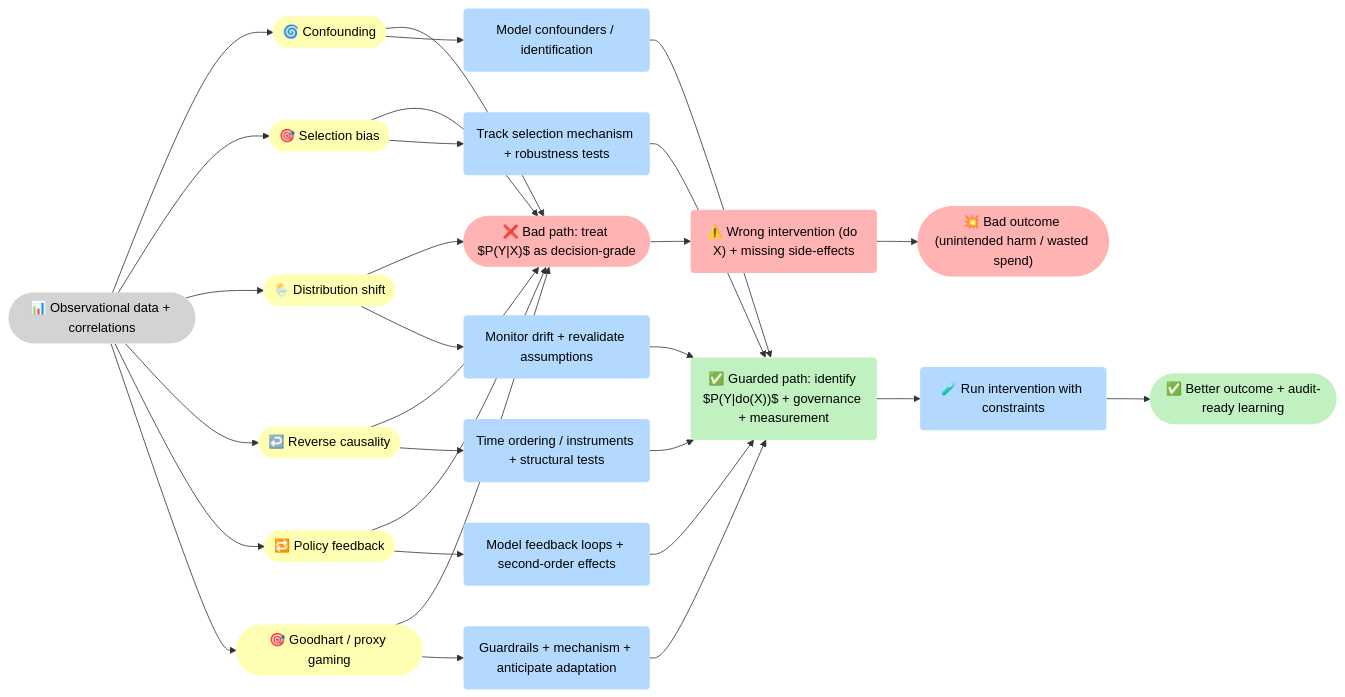
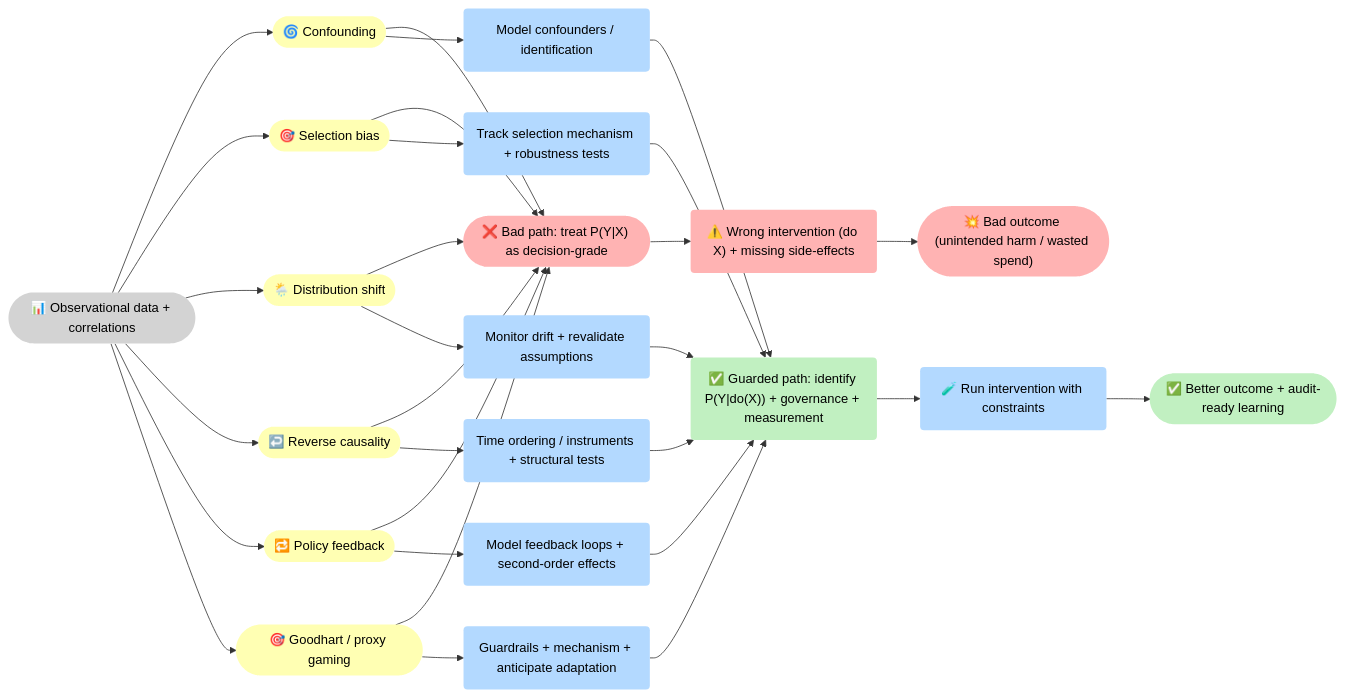
Before and after one commit to 5Reasons/5reasons.github.io: the fourth of 4 diagrams in docs/philosophy/correlation-vs-causality.md, drawn with Mermaid. The commit also changed other lines of this file, not shown here.

Commit message:
Refactor causal diagrams: Remove dollar signs from probability notations for clarity and consistency.

````diff
--- a/docs/philosophy/correlation-vs-causality.md
+++ b/docs/philosophy/correlation-vs-causality.md
@@ -146,65 +146,65 @@
 ```mermaid
 flowchart LR
 %% Styles (brModel Standard)
 classDef i fill:#D3D3D3,stroke-width:0px,color:#000;
 classDef p fill:#B3D9FF,stroke-width:0px,color:#000;
 classDef r fill:#FFFFB3,stroke-width:0px,color:#000;
 classDef o fill:#C1F0C1,stroke-width:0px,color:#000;
 classDef s fill:#FFB3B3,stroke-width:0px,color:#000;
 
 I_Obs(["📊 Observational data + correlations"]):::i
 
 R_T1(["🌀 Confounding"]):::r
 R_T2(["🎯 Selection bias"]):::r
 R_T3(["🌦️ Distribution shift"]):::r
 R_T4(["↩️ Reverse causality"]):::r
 R_T5(["🔁 Policy feedback"]):::r
 R_T6(["🎯 Goodhart / proxy gaming"]):::r
 
-R_Bad(["❌ Bad path: treat $P(Y|X)$ as decision-grade"]):::s
+R_Bad(["❌ Bad path: treat P(Y|X) as decision-grade"]):::s
 P_Wrong("⚠️ Wrong intervention (do X) + missing side-effects"):::s
 S_Harm(["💥 Bad outcome (unintended harm / wasted spend)"]):::s
 
 P_F1("Model confounders / identification"):::p
 P_F2("Track selection mechanism + robustness tests"):::p
 P_F3("Monitor drift + revalidate assumptions"):::p
 P_F4("Time ordering / instruments + structural tests"):::p
 P_F5("Model feedback loops + second-order effects"):::p
 P_F6("Guardrails + mechanism + anticipate adaptation"):::p
 
-P_Good("✅ Guarded path: identify $P(Y|do(X))$ + governance + measurement"):::o
+P_Good("✅ Guarded path: identify P(Y|do(X)) + governance + measurement"):::o
 P_Do("🧪 Run intervention with constraints"):::p
 O_Value(["✅ Better outcome + audit-ready learning"]):::o
 
 I_Obs --> R_T1
 I_Obs --> R_T2
 I_Obs --> R_T3
 I_Obs --> R_T4
 I_Obs --> R_T5
 I_Obs --> R_T6
 
 R_T1 --> R_Bad
 R_T2 --> R_Bad
 R_T3 --> R_Bad
 R_T4 --> R_Bad
 R_T5 --> R_Bad
 R_T6 --> R_Bad
 
 R_Bad --> P_Wrong --> S_Harm
 
 R_T1 --> P_F1 --> P_Good
 R_T2 --> P_F2 --> P_Good
 R_T3 --> P_F3 --> P_Good
 R_T4 --> P_F4 --> P_Good
 R_T5 --> P_F5 --> P_Good
 R_T6 --> P_F6 --> P_Good
 
 P_Good --> P_Do --> O_Value
 
 %% Clickable nodes
 click P_Good "/methodology/causalgraphrag/" "CausalGraphRAG"
 click P_F1 "/methodology/core-primitives/" "Core primitives"
 click P_F5 "/philosophy/ai-agent-vs-agentic-ai/" "Agent vs agentic"
 click P_F6 "/reasoners/governance/" "Governance"
 click P_Do "/methodology/constraints/" "Constraints & SHACL"
 ```
````
